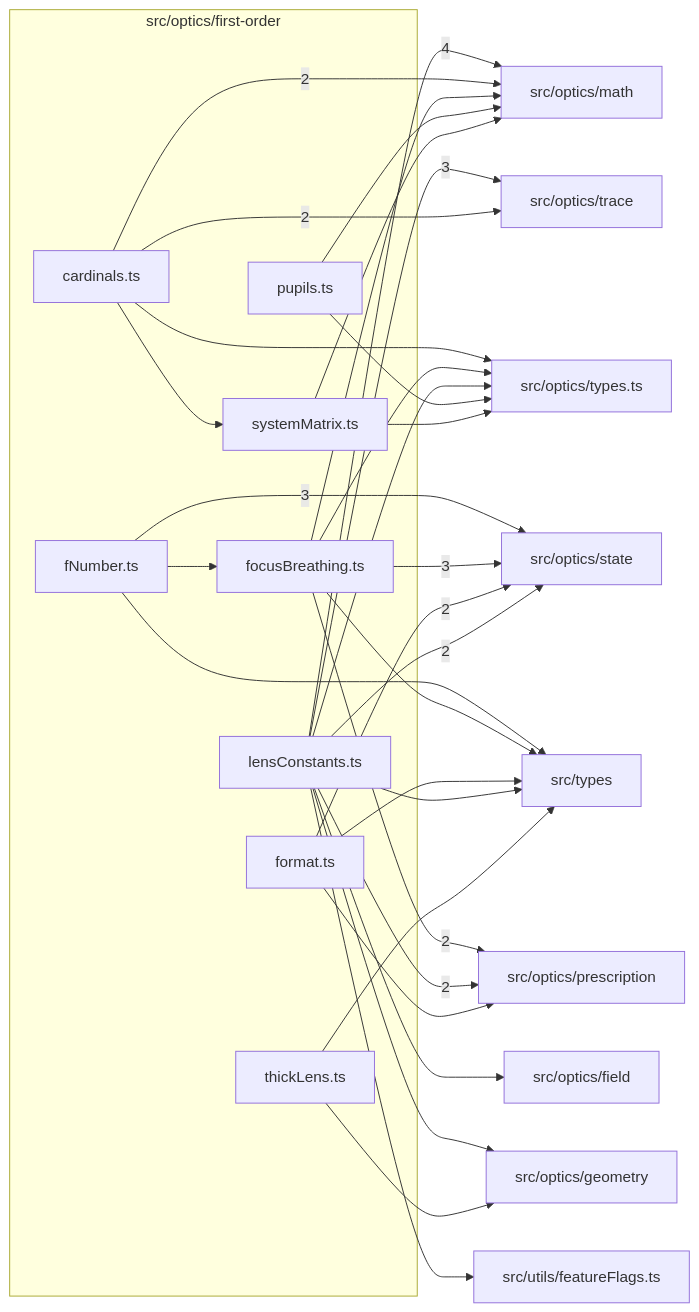
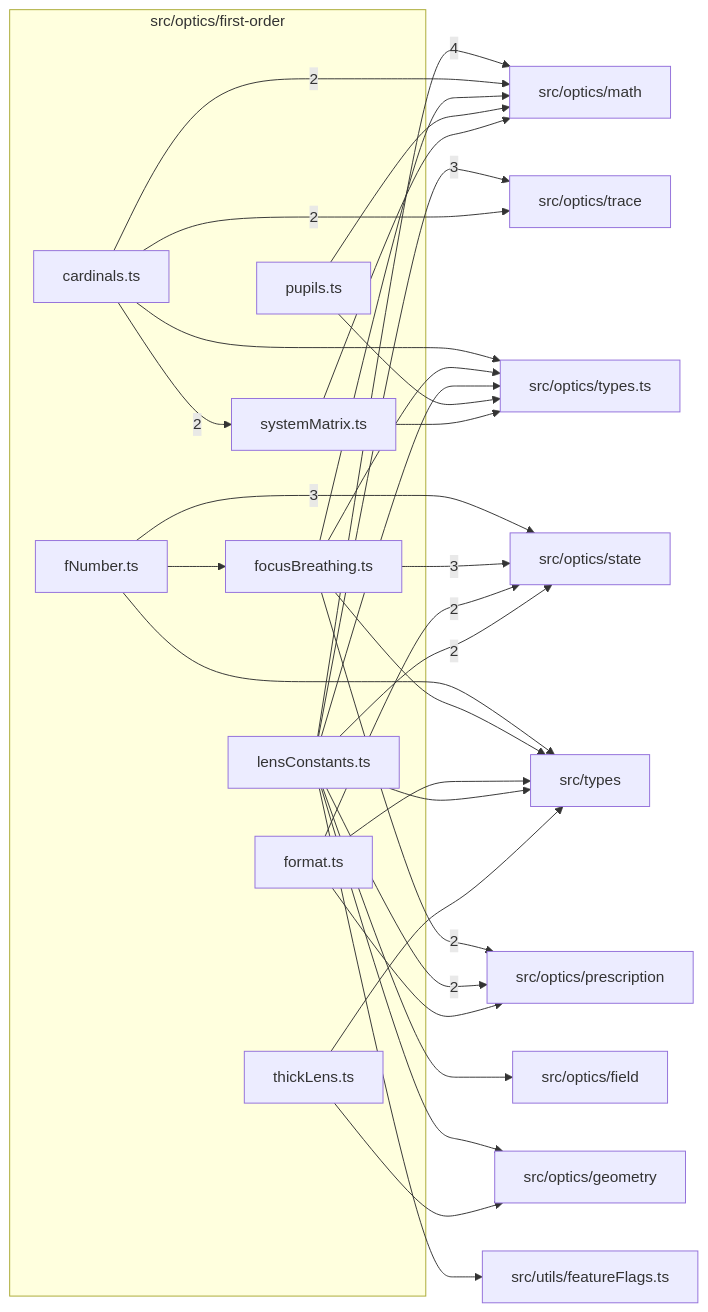
One commit to ronbuening/LensVisualizer changed the diagram in src/optics/first-order/readme.md. Above: the diagram before and after it, drawn with Mermaid. The commit also changed other lines of this file and 2 other files, not shown here.

````diff
--- a/src/optics/first-order/readme.md
+++ b/src/optics/first-order/readme.md
@@ -9,52 +9,52 @@
 ```mermaid
 flowchart LR
   subgraph n_src_optics_first_order["src/optics/first-order"]
     n_src_optics_first_order_src_optics_first_order_cardinals_ts["cardinals.ts"]
     n_src_optics_first_order_src_optics_first_order_fNumber_ts["fNumber.ts"]
     n_src_optics_first_order_src_optics_first_order_focusBreathing_ts["focusBreathing.ts"]
     n_src_optics_first_order_src_optics_first_order_format_ts["format.ts"]
     n_src_optics_first_order_src_optics_first_order_lensConstants_ts["lensConstants.ts"]
     n_src_optics_first_order_src_optics_first_order_pupils_ts["pupils.ts"]
     n_src_optics_first_order_src_optics_first_order_systemMatrix_ts["systemMatrix.ts"]
     n_src_optics_first_order_src_optics_first_order_thickLens_ts["thickLens.ts"]
   end
   n_external_src_optics_math["src/optics/math"]
   n_external_src_optics_state["src/optics/state"]
   n_external_src_optics_trace["src/optics/trace"]
   n_external_src_optics_prescription["src/optics/prescription"]
   n_external_src_optics_field["src/optics/field"]
   n_external_src_optics_geometry["src/optics/geometry"]
   n_external_src_optics_types_ts["src/optics/types.ts"]
   n_external_src_types["src/types"]
   n_external_src_utils_featureFlags_ts["src/utils/featureFlags.ts"]
   n_src_optics_first_order_src_optics_first_order_lensConstants_ts --> |4| n_external_src_optics_math
   n_src_optics_first_order_src_optics_first_order_fNumber_ts --> |3| n_external_src_optics_state
   n_src_optics_first_order_src_optics_first_order_focusBreathing_ts --> |3| n_external_src_optics_state
   n_src_optics_first_order_src_optics_first_order_lensConstants_ts --> |3| n_external_src_optics_trace
   n_src_optics_first_order_src_optics_first_order_cardinals_ts --> |2| n_external_src_optics_math
   n_src_optics_first_order_src_optics_first_order_focusBreathing_ts --> |2| n_external_src_optics_prescription
   n_src_optics_first_order_src_optics_first_order_lensConstants_ts --> |2| n_external_src_optics_prescription
   n_src_optics_first_order_src_optics_first_order_format_ts --> |2| n_external_src_optics_state
   n_src_optics_first_order_src_optics_first_order_lensConstants_ts --> |2| n_external_src_optics_state
   n_src_optics_first_order_src_optics_first_order_cardinals_ts --> |2| n_external_src_optics_trace
+  n_src_optics_first_order_src_optics_first_order_cardinals_ts --> |2| n_src_optics_first_order_src_optics_first_order_systemMatrix_ts
   n_src_optics_first_order_src_optics_first_order_lensConstants_ts --> n_external_src_optics_field
   n_src_optics_first_order_src_optics_first_order_lensConstants_ts --> n_external_src_optics_geometry
   n_src_optics_first_order_src_optics_first_order_thickLens_ts --> n_external_src_optics_geometry
   n_src_optics_first_order_src_optics_first_order_focusBreathing_ts --> n_external_src_optics_math
   n_src_optics_first_order_src_optics_first_order_pupils_ts --> n_external_src_optics_math
   n_src_optics_first_order_src_optics_first_order_systemMatrix_ts --> n_external_src_optics_math
   n_src_optics_first_order_src_optics_first_order_format_ts --> n_external_src_optics_prescription
   n_src_optics_first_order_src_optics_first_order_cardinals_ts --> n_external_src_optics_types_ts
   n_src_optics_first_order_src_optics_first_order_focusBreathing_ts --> n_external_src_optics_types_ts
   n_src_optics_first_order_src_optics_first_order_lensConstants_ts --> n_external_src_optics_types_ts
   n_src_optics_first_order_src_optics_first_order_pupils_ts --> n_external_src_optics_types_ts
   n_src_optics_first_order_src_optics_first_order_systemMatrix_ts --> n_external_src_optics_types_ts
   n_src_optics_first_order_src_optics_first_order_fNumber_ts --> n_external_src_types
   n_src_optics_first_order_src_optics_first_order_focusBreathing_ts --> n_external_src_types
   n_src_optics_first_order_src_optics_first_order_format_ts --> n_external_src_types
   n_src_optics_first_order_src_optics_first_order_lensConstants_ts --> n_external_src_types
   n_src_optics_first_order_src_optics_first_order_thickLens_ts --> n_external_src_types
   n_src_optics_first_order_src_optics_first_order_lensConstants_ts --> n_external_src_utils_featureFlags_ts
   n_src_optics_first_order_src_optics_first_order_fNumber_ts --> n_src_optics_first_order_src_optics_first_order_focusBreathing_ts
-  n_src_optics_first_order_src_optics_first_order_cardinals_ts --> n_src_optics_first_order_src_optics_first_order_systemMatrix_ts
 ```
````
